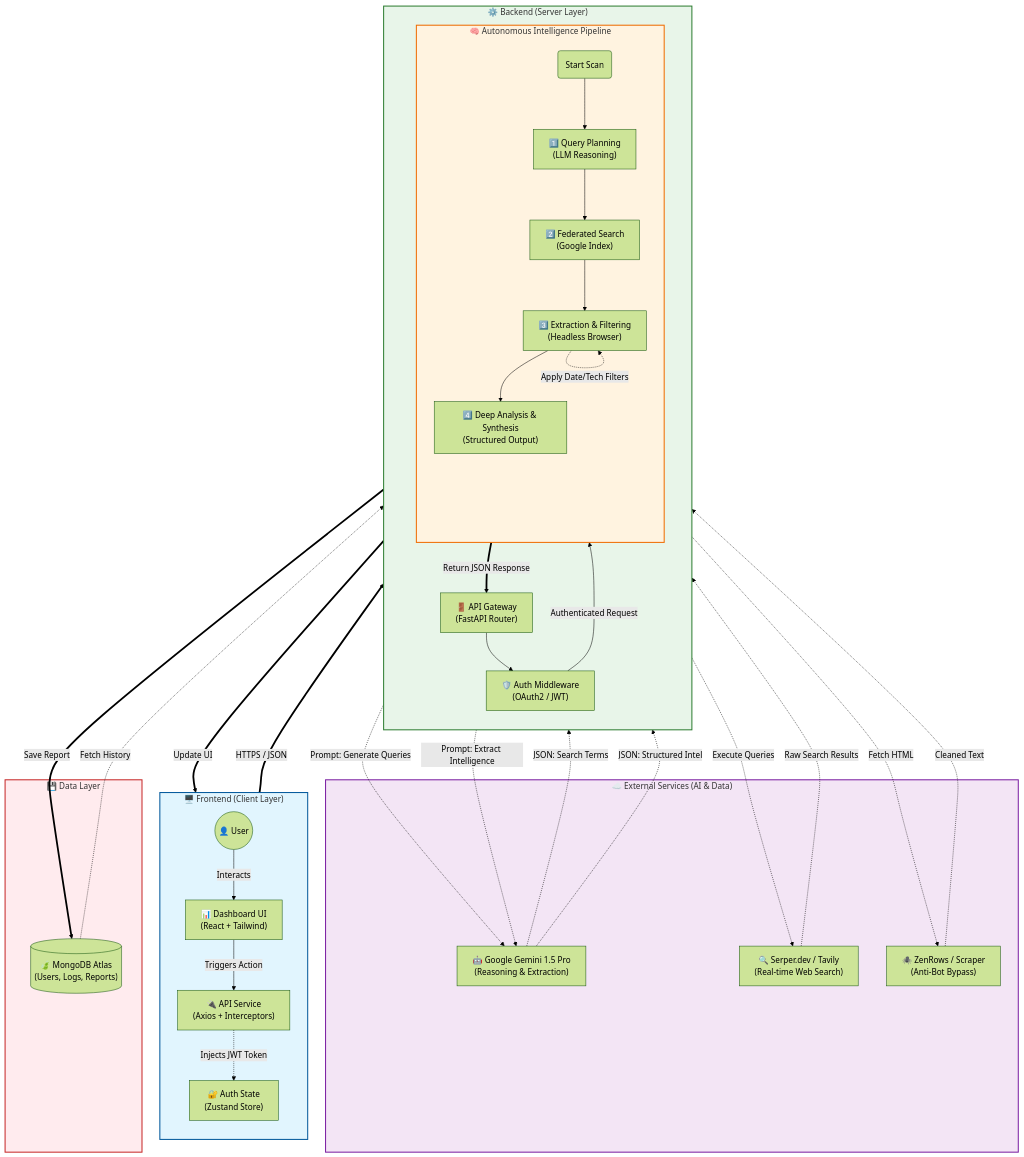
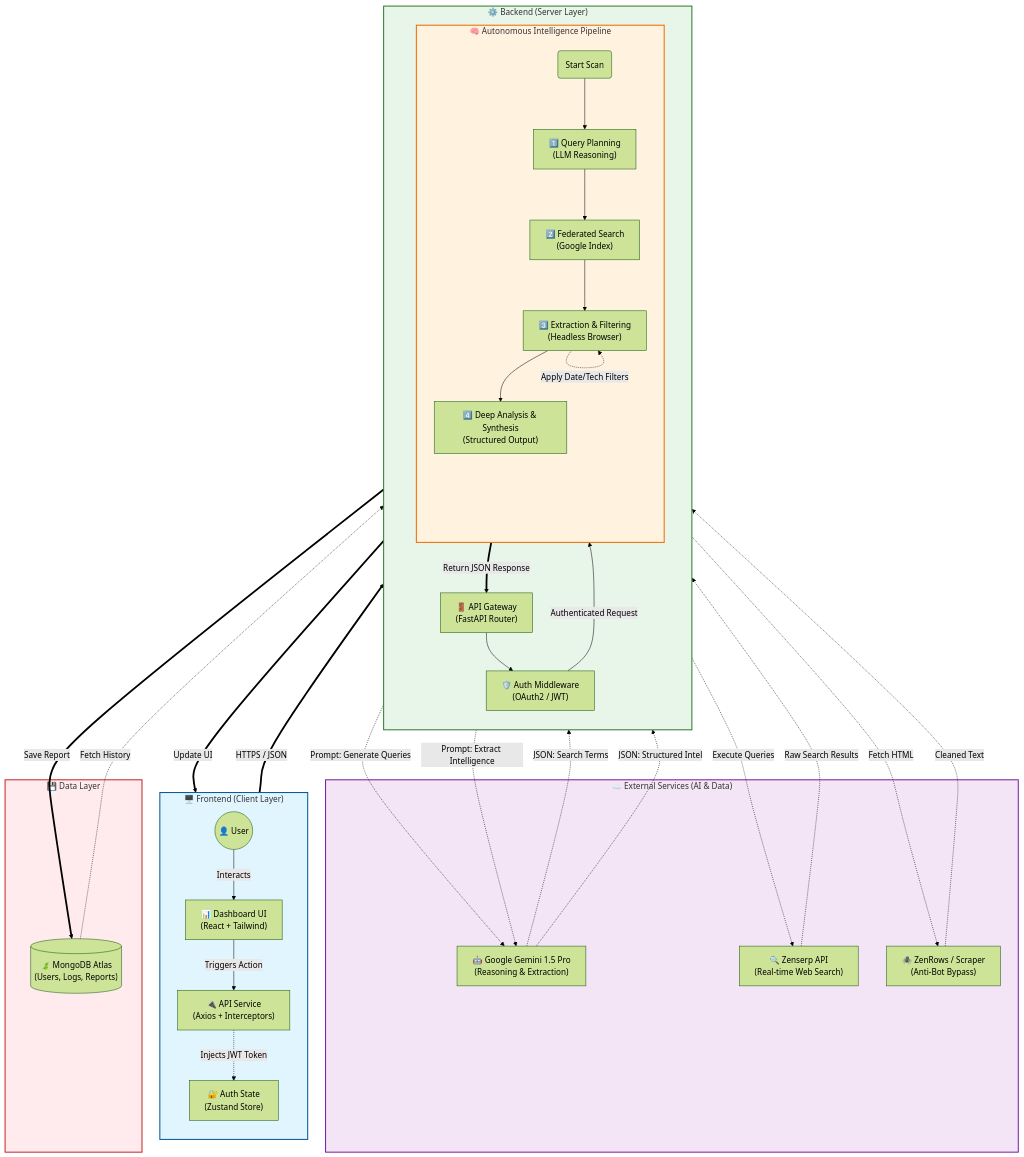
One commit to Deepukumar12/Market_Scout_Agent_Final changed the diagram in backend/architecture.mmd. Above: the diagram before and after it, drawn with Mermaid (forest theme). The commit also changed 16 other files, not shown here.

```diff
--- a/backend/architecture.mmd
+++ b/backend/architecture.mmd
@@ -1,108 +1,108 @@
 graph TD
     %% Styling
     classDef frontend fill:#e1f5fe,stroke:#01579b,stroke-width:2px;
     classDef backend fill:#e8f5e9,stroke:#2e7d32,stroke-width:2px;
     classDef agent fill:#fff3e0,stroke:#ef6c00,stroke-width:2px;
     classDef external fill:#f3e5f5,stroke:#7b1fa2,stroke-width:2px;
     classDef database fill:#ffebee,stroke:#c62828,stroke-width:2px;
 
     %% -------------------------------------------------------------------------
     %% FRONTEND LAYER (React + Vite)
     %% -------------------------------------------------------------------------
     subgraph Client ["🖥️ Frontend (Client Layer)"]
         direction TB
         User((👤 User))
         Dashboard["📊 Dashboard UI<br/>(React + Tailwind)"]
         APIService["🔌 API Service<br/>(Axios + Interceptors)"]
         AuthState["🔐 Auth State<br/>(Zustand Store)"]
         
         User -->|Interacts| Dashboard
         Dashboard -->|Triggers Action| APIService
         APIService -.->|Injects JWT Token| AuthState
     end
     class Client frontend
 
     %% -------------------------------------------------------------------------
     %% BACKEND LAYER (FastAPI)
     %% -------------------------------------------------------------------------
     subgraph Server ["⚙️ Backend (Server Layer)"]
         direction TB
         API_Gateway["🚪 API Gateway<br/>(FastAPI Router)"]
         AuthMiddleware["🛡️ Auth Middleware<br/>(OAuth2 / JWT)"]
         
         %% ---------------------------------------------------------------------
         %% THE INTELLIGENCE PIPELINE (Core Agent Logic)
         %% ---------------------------------------------------------------------
         subgraph AgentPipeline ["🧠 Autonomous Intelligence Pipeline"]
             direction TB
             StartScan(Start Scan)
             
             %% Step 1: Planning
             Step1["1️⃣ Query Planning<br/>(LLM Reasoning)"]
             
             %% Step 2: Search
             Step2["2️⃣ Federated Search<br/>(Google Index)"]
             
             %% Step 3: Scrape
             Step3["3️⃣ Extraction & Filtering<br/>(Headless Browser)"]
             
             %% Step 4: Analysis
             Step4["4️⃣ Deep Analysis & Synthesis<br/>(Structured Output)"]
             
             StartScan --> Step1
             Step1 --> Step2
             Step2 --> Step3
             Step3 --> Step4
         end
         
         API_Gateway --> AuthMiddleware
         AuthMiddleware -->|Authenticated Request| StartScan
     end
     class Server backend
     class AgentPipeline agent
 
     %% -------------------------------------------------------------------------
     %% EXTERNAL SERVICES
     %% -------------------------------------------------------------------------
     subgraph External ["☁️ External Services (AI & Data)"]
         Gemini["🤖 Google Gemini 1.5 Pro<br/>(Reasoning & Extraction)"]
-        Serper["🔍 Serper.dev / Tavily<br/>(Real-time Web Search)"]
+        Zenserp["🔍 Zenserp API<br/>(Real-time Web Search)"]
         ZenRows["🕷️ ZenRows / Scraper<br/>(Anti-Bot Bypass)"]
     end
     class External external
 
     %% -------------------------------------------------------------------------
     %% DATA PERSISTENCE
     %% -------------------------------------------------------------------------
     subgraph Storage ["💾 Data Layer"]
         MongoDB[("🍃 MongoDB Atlas<br/>(Users, Logs, Reports)")]
     end
     class Storage database
 
     %% -------------------------------------------------------------------------
     %% DATA FLOW CONNECTIONS
     %% -------------------------------------------------------------------------
     %% Frontend to Backend
     APIService ==>|HTTPS / JSON| API_Gateway
 
     %% Pipeline Logic Interactions
     Step1 -.->|Prompt: Generate Queries| Gemini
     Gemini -.->|JSON: Search Terms| Step1
 
-    Step2 -.->|Execute Queries| Serper
-    Serper -.->|Raw Search Results| Step2
+    Step2 -.->|Execute Queries| Zenserp
+    Zenserp -.->|Raw Search Results| Step2
 
     Step3 -.->|Fetch HTML| ZenRows
     ZenRows -.->|Cleaned Text| Step3
     Step3 -.->|Apply Date/Tech Filters| Step3
 
     Step4 -.->|Prompt: Extract Intelligence| Gemini
     Gemini -.->|JSON: Structured Intel| Step4
 
     %% Persistence
     Step4 ==>|Save Report| MongoDB
     MongoDB -.->|Fetch History| API_Gateway
 
     %% Return Path
     Step4 ==>|Return JSON Response| API_Gateway
     API_Gateway ==>|Update UI| Dashboard
```
